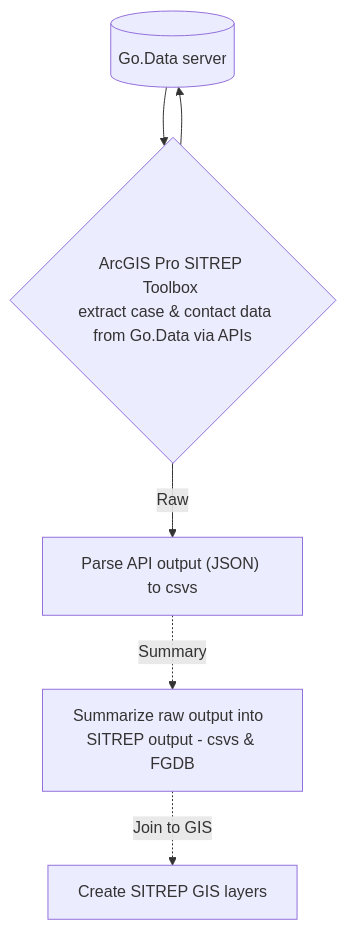
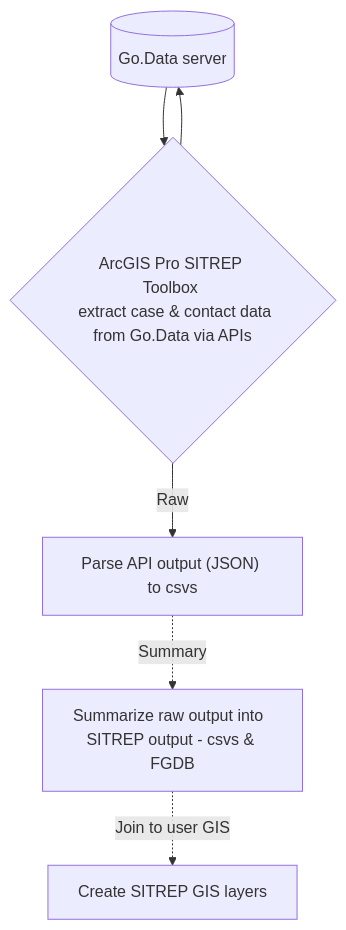
The diagram in README.md (LangsterGA/mermaid), drawn with Mermaid before and after one commit.

````diff
--- a/README.md
+++ b/README.md
@@ -3,8 +3,8 @@
 ```mermaid
   graph TD
     A[(Go.Data server)]--> B{ArcGIS Pro SITREP Toolbox <br/> extract case & contact data<br/>from Go.Data via APIs};
     B-->A
     B -->|Raw| C["Parse API output (JSON) to csvs"];
     C-.->|Summary| D[Summarize raw output into  <br/>SITREP output - csvs & FGDB]; 
-    D-.->|Join to GIS| E[Create SITREP GIS layers];
+    D-.->|Join to user GIS| E[Create SITREP GIS layers];
  ```
````
